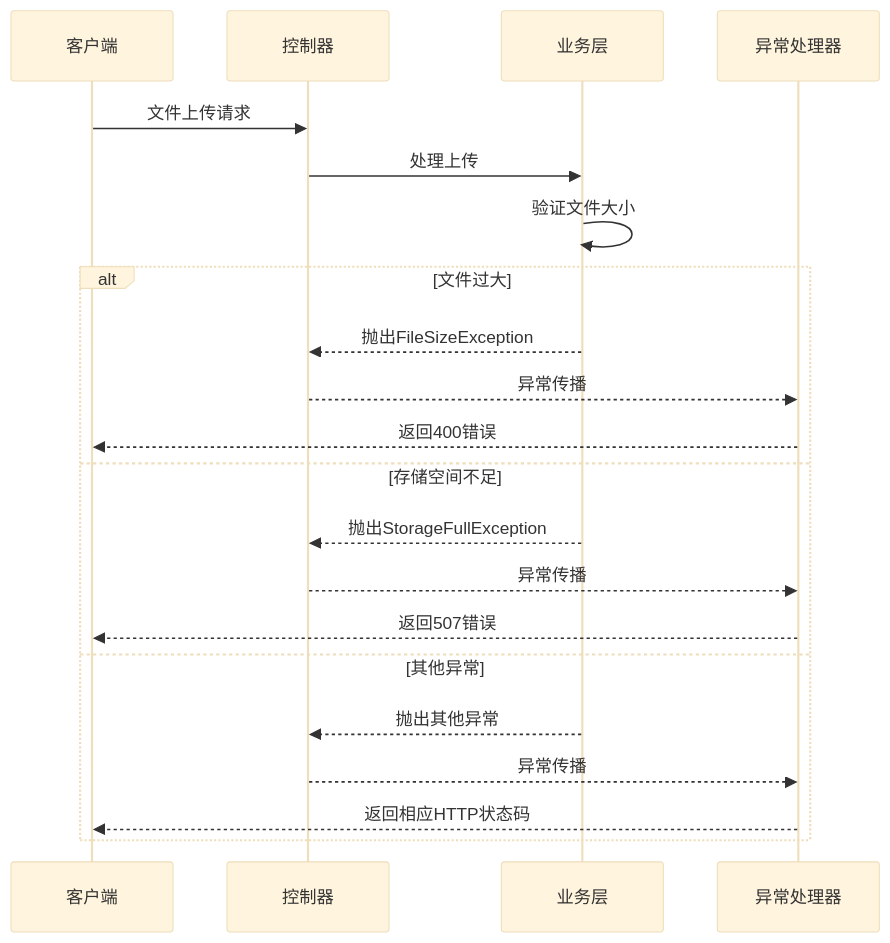
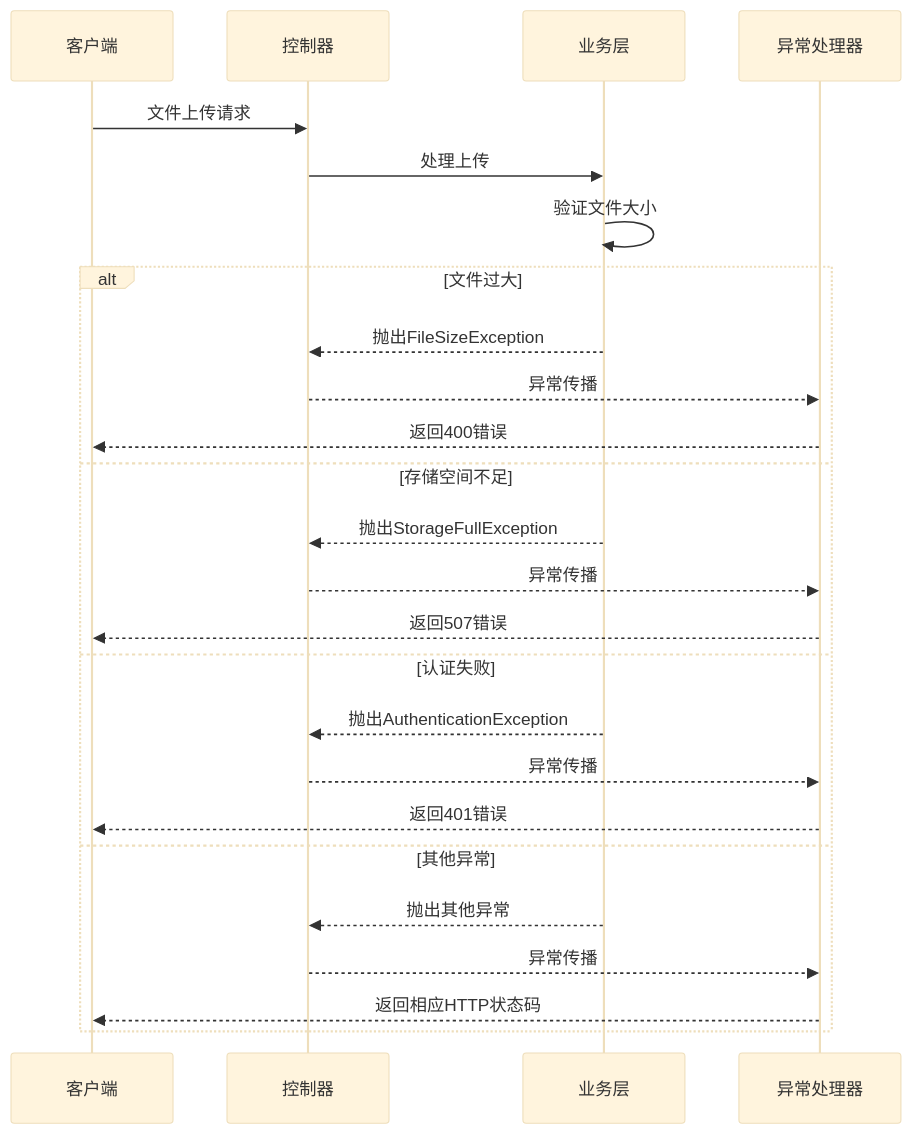
The fifth of 5 diagrams in .qoder/repowiki/zh/content/配置指南/配置指南.md (QoderZcy/zcyTest2), drawn with Mermaid (base theme) before and after one commit. The commit also changed other lines of this file and 9 other files, not shown here.

````diff
--- a/.qoder/repowiki/zh/content/配置指南/配置指南.md
+++ b/.qoder/repowiki/zh/content/配置指南/配置指南.md
@@ -728,23 +1373,27 @@
 ```mermaid
 sequenceDiagram
 participant Client as 客户端
 participant Controller as 控制器
 participant Service as 业务层
 participant ExceptionHandler as 异常处理器
 Client->>Controller : 文件上传请求
 Controller->>Service : 处理上传
 Service->>Service : 验证文件大小
 alt 文件过大
 Service-->>Controller : 抛出FileSizeException
 Controller-->>ExceptionHandler : 异常传播
 ExceptionHandler-->>Client : 返回400错误
 else 存储空间不足
 Service-->>Controller : 抛出StorageFullException
 Controller-->>ExceptionHandler : 异常传播
 ExceptionHandler-->>Client : 返回507错误
+else 认证失败
+Service-->>Controller : 抛出AuthenticationException
+Controller-->>ExceptionHandler : 异常传播
+ExceptionHandler-->>Client : 返回401错误
 else 其他异常
 Service-->>Controller : 抛出其他异常
 Controller-->>ExceptionHandler : 异常传播
 ExceptionHandler-->>Client : 返回相应HTTP状态码
 end
 ```
````
